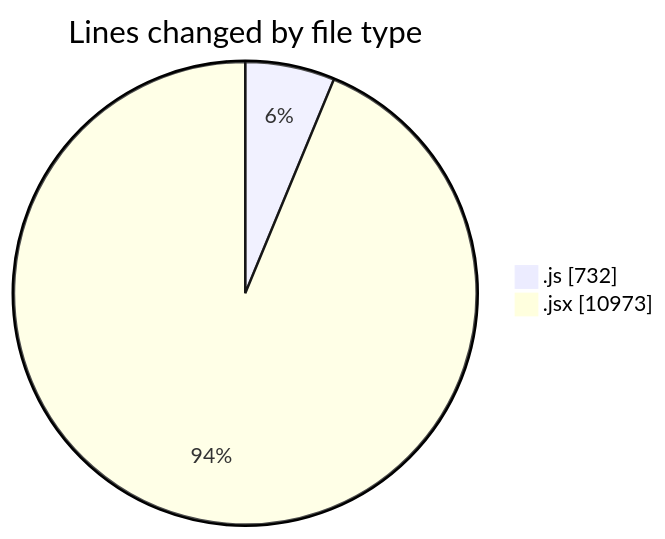
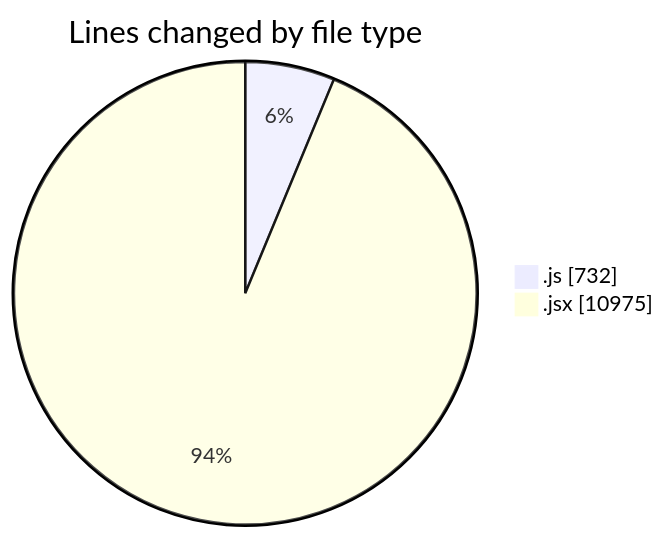
Before and after one commit to nxtqubesakshisongat/code-tracking: the first of 2 diagrams in 2025-07-28/nxtqube_webapp/README.md, drawn with Mermaid. The commit also changed other lines of this file and 1 other file, not shown here.

````diff
--- a/2025-07-28/nxtqube_webapp/README.md
+++ b/2025-07-28/nxtqube_webapp/README.md
@@ -47,6 +47,6 @@
 ```mermaid
 pie showData
 title Lines changed by file type
 ".js" : 732
-".jsx" : 10973
+".jsx" : 10975
 ```
````
